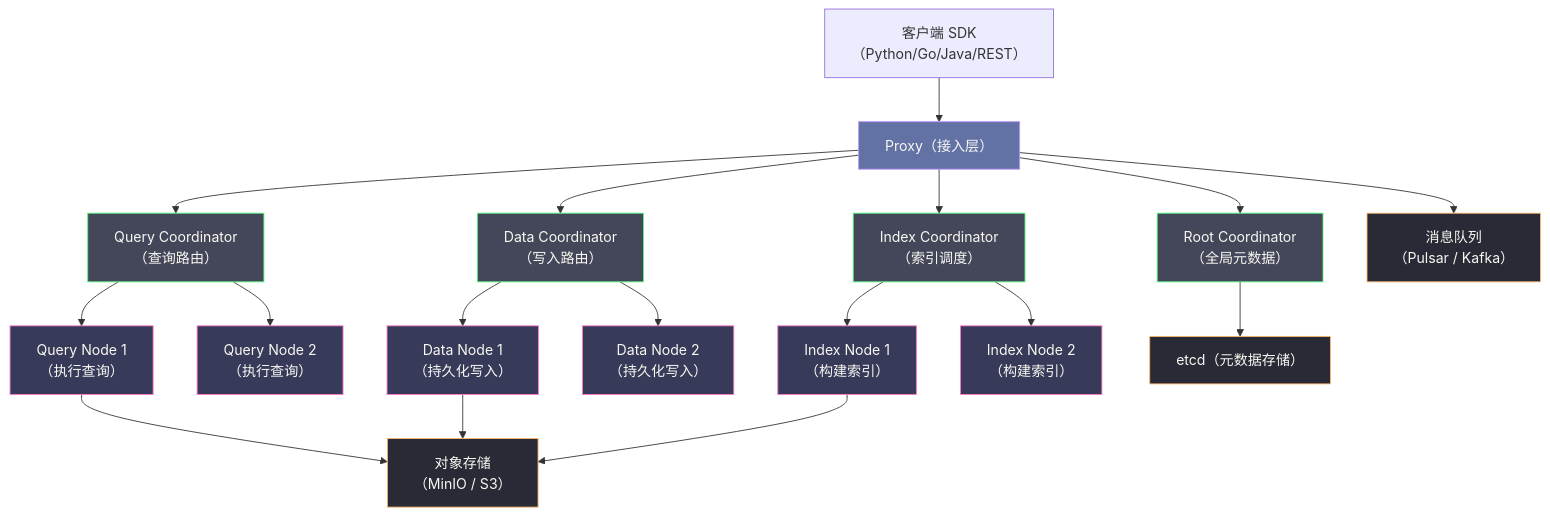
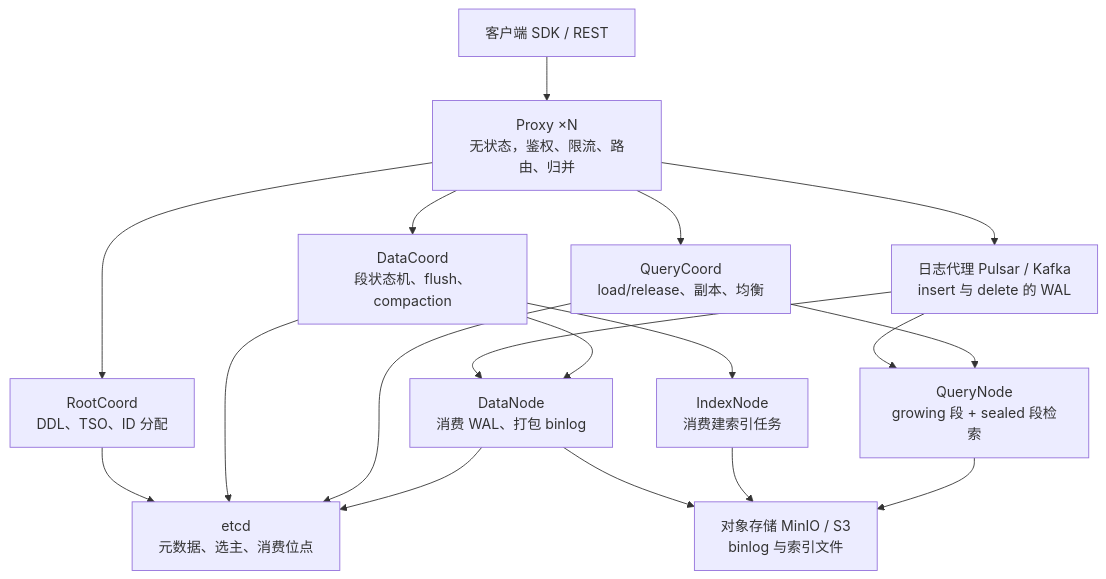
One commit to hpliStartAgain/my-brain changed the first of 5 diagrams in content/中间件/Milvus/01 Milvus 全局架构——存算分离与云原生设计.md. Above: the diagram before and after it, drawn with Mermaid. The commit also changed other lines of this file and 455 other files, not shown here.

````diff
--- a/content/中间件/Milvus/01 Milvus 全局架构——存算分离与云原生设计.md
+++ b/content/中间件/Milvus/01 Milvus 全局架构——存算分离与云原生设计.md
@@ -99,32 +49,21 @@
 ```mermaid
+%%{init: {'theme': 'dracula'}}%%
 graph TD
-    classDef access fill:#6272a4,stroke:#bd93f9,color:#f8f8f2
-    classDef coord fill:#44475a,stroke:#50fa7b,color:#f8f8f2
-    classDef worker fill:#383a59,stroke:#ff79c6,color:#f8f8f2
-    classDef storage fill:#282a36,stroke:#ffb86c,color:#f8f8f2
-
-    C["客户端 SDK（Python/Go/Java/REST）"] --> P["Proxy（接入层）"]
-
-    P --> RC["Root Coordinator<br/>（全局元数据）"]
-    P --> QC["Query Coordinator<br/>（查询路由）"]
-    P --> DC["Data Coordinator<br/>（写入路由）"]
-    P --> IC["Index Coordinator<br/>（索引调度）"]
-
-    QC --> QN1["Query Node 1<br/>（执行查询）"]
-    QC --> QN2["Query Node 2<br/>（执行查询）"]
-    DC --> DN1["Data Node 1<br/>（持久化写入）"]
-    DC --> DN2["Data Node 2<br/>（持久化写入）"]
-    IC --> IN1["Index Node 1<br/>（构建索引）"]
-    IC --> IN2["Index Node 2<br/>（构建索引）"]
-
-    QN1 --> OBJ["对象存储<br/>（MinIO / S3）"]
-    DN1 --> OBJ
-    IN1 --> OBJ
-    RC --> ETCD["etcd（元数据存储）"]
-    P --> MQ["消息队列<br/>（Pulsar / Kafka）"]
-
-    class P access
-    class RC,QC,DC,IC coord
-    class QN1,QN2,DN1,DN2,IN1,IN2 worker
-    class OBJ,ETCD,MQ storage
+    SDK["客户端 SDK / REST"] --> PX["Proxy ×N<br/>无状态，鉴权、限流、路由、归并"]
+    PX --> RC["RootCoord<br/>DDL、TSO、ID 分配"]
+    PX --> DC["DataCoord<br/>段状态机、flush、compaction"]
+    PX --> QC["QueryCoord<br/>load/release、副本、均衡"]
+    PX --> MQ["日志代理 Pulsar / Kafka<br/>insert 与 delete 的 WAL"]
+    MQ --> DN["DataNode<br/>消费 WAL、打包 binlog"]
+    MQ --> QN["QueryNode<br/>growing 段 + sealed 段检索"]
+    DC --> DN
+    DC --> IN["IndexNode<br/>消费建索引任务"]
+    QC --> QN
+    RC --> ETCD["etcd<br/>元数据、选主、消费位点"]
+    DC --> ETCD
+    QC --> ETCD
+    DN --> OBJ["对象存储 MinIO / S3<br/>binlog 与索引文件"]
+    IN --> OBJ
+    QN --> OBJ
+    DN --> ETCD
 ```
````
